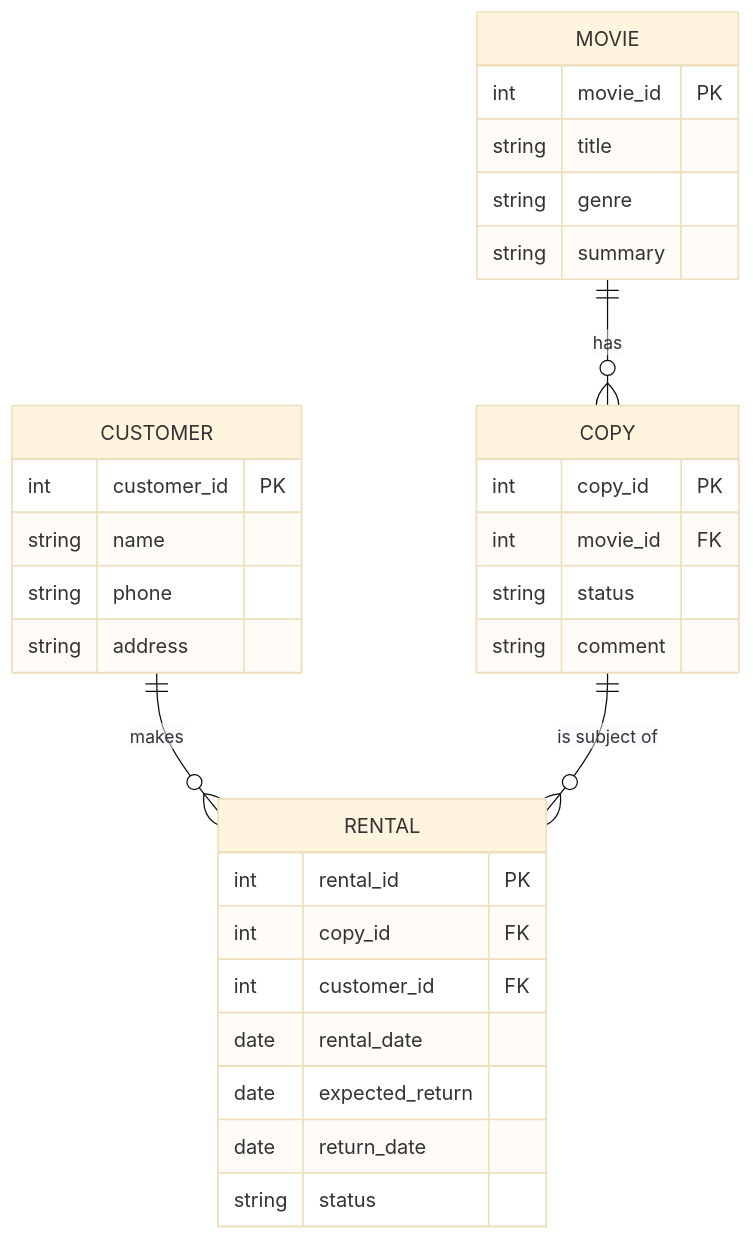
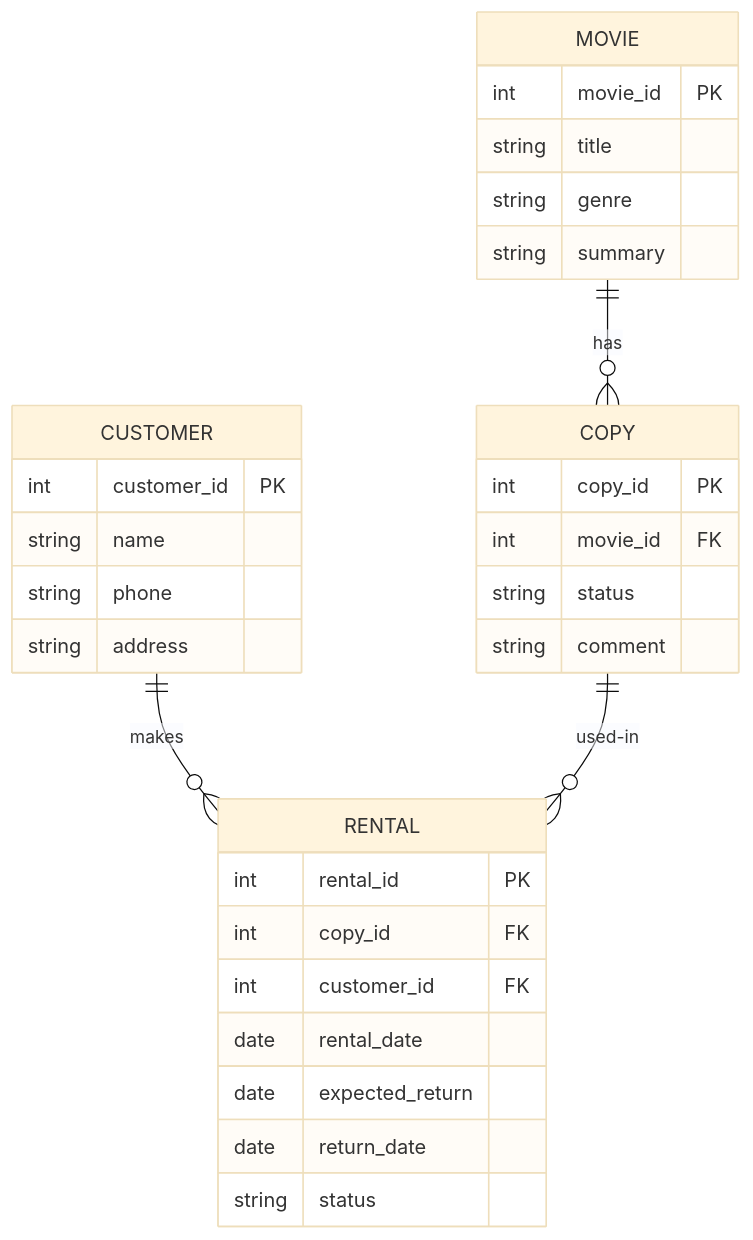
The third of 3 diagrams in specs/domain.md (scaledVideoClub/vc-stage2-vb6), drawn with Mermaid (base theme) before and after one commit. The commit also changed other lines of this file, not shown here.

First line of the commit message:
fix(specs): rewrite mermaid diagrams to avoid parser failures on GitHub

````diff
--- a/specs/domain.md
+++ b/specs/domain.md
@@ -217,34 +222,34 @@
 ```mermaid
 erDiagram
     MOVIE {
         int movie_id PK
         string title
         string genre
         string summary
     }
     COPY {
         int copy_id PK
         int movie_id FK
         string status
         string comment
     }
     CUSTOMER {
         int customer_id PK
         string name
         string phone
         string address
     }
     RENTAL {
         int rental_id PK
         int copy_id FK
         int customer_id FK
         date rental_date
         date expected_return
         date return_date
         string status
     }
 
-    MOVIE ||--o{ COPY : "has"
-    CUSTOMER ||--o{ RENTAL : "makes"
-    COPY ||--o{ RENTAL : "is subject of"
+    MOVIE ||--o{ COPY : has
+    CUSTOMER ||--o{ RENTAL : makes
+    COPY ||--o{ RENTAL : used-in
 ```
````
